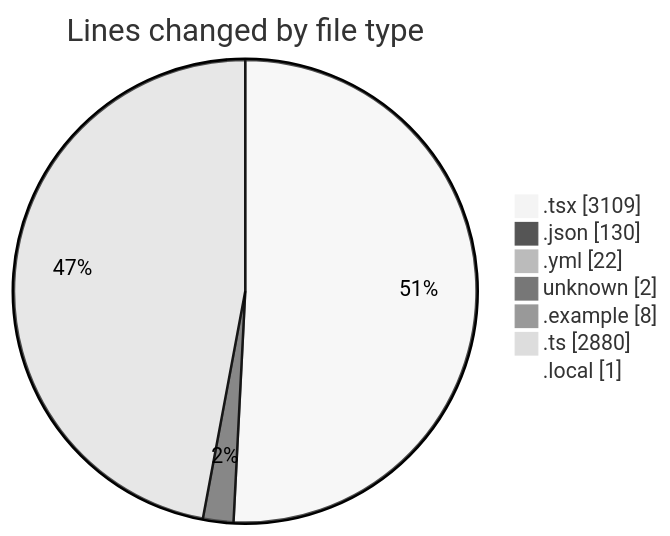
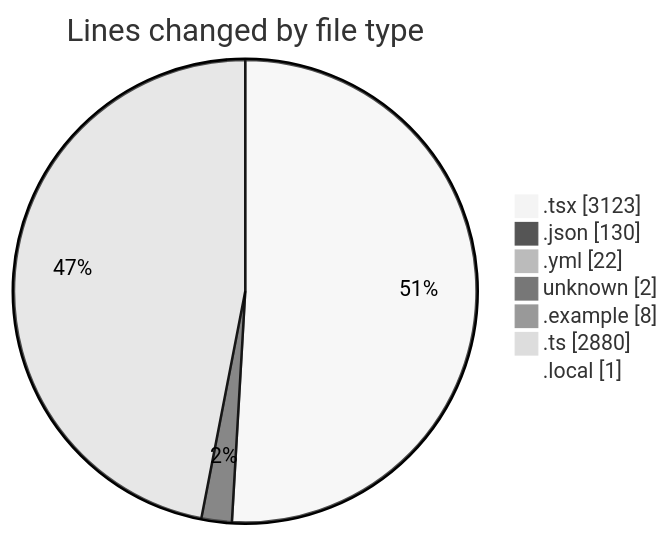
One commit to julien-gomy/code-tracking changed the first of 2 diagrams in 2025-11-21/eventscop-frontend-guide__workspace_/README.md. Above: the diagram before and after it, drawn with Mermaid (neutral theme). The commit also changed other lines of this file and 1 other file, not shown here.

````diff
--- a/2025-11-21/eventscop-frontend-guide__workspace_/README.md
+++ b/2025-11-21/eventscop-frontend-guide__workspace_/README.md
@@ -61,11 +61,11 @@
 ```mermaid
 pie showData
 title Lines changed by file type
-".tsx" : 3109
+".tsx" : 3123
 ".json" : 130
 ".yml" : 22
 "unknown" : 2
 ".example" : 8
 ".ts" : 2880
 ".local" : 1
 ```
````
